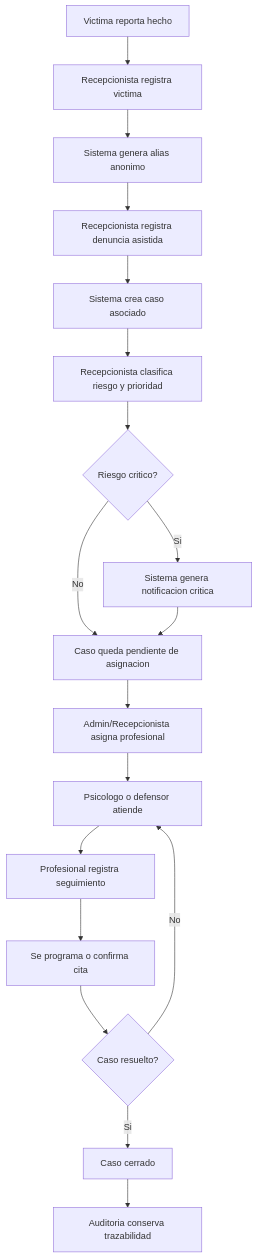
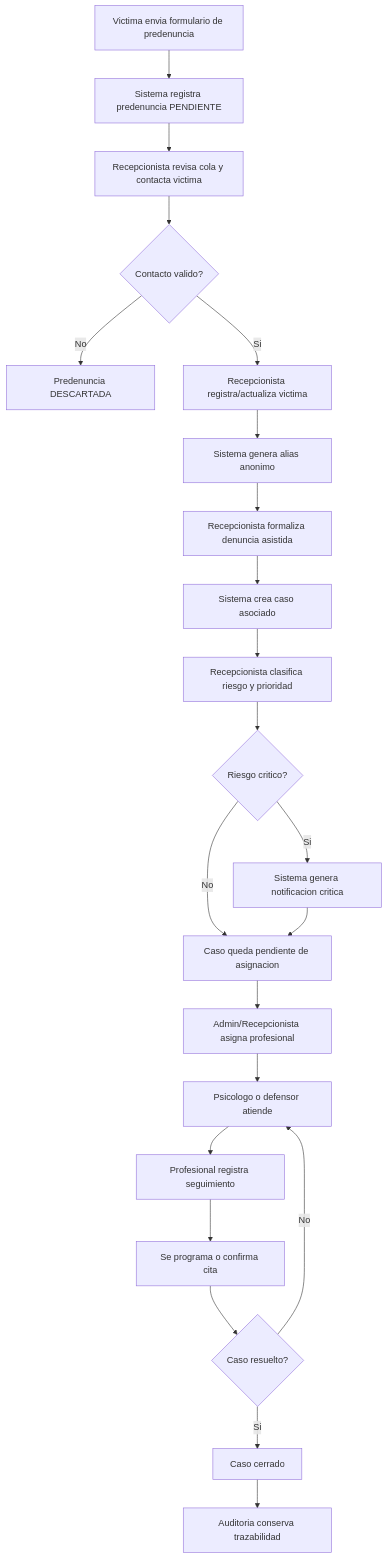
Before and after one commit to Espiritu16/safeZoneBackend: the first of 3 diagrams in docs/LOGICA_NEGOCIO.md, drawn with Mermaid. The commit also changed other lines of this file and 2 other files, not shown here.

Commit message:
ajuste logica predenuncia y sql incremental

````diff
--- a/docs/LOGICA_NEGOCIO.md
+++ b/docs/LOGICA_NEGOCIO.md
@@ -37,20 +38,24 @@
 ```mermaid
 flowchart TD
-  A["Victima reporta hecho"] --> B["Recepcionista registra victima"]
-  B --> C["Sistema genera alias anonimo"]
-  C --> D["Recepcionista registra denuncia asistida"]
-  D --> E["Sistema crea caso asociado"]
-  E --> F["Recepcionista clasifica riesgo y prioridad"]
-  F --> G{Riesgo critico?}
-  G -- Si --> H["Sistema genera notificacion critica"]
-  G -- No --> I["Caso queda pendiente de asignacion"]
-  H --> I
-  I --> J["Admin/Recepcionista asigna profesional"]
-  J --> K["Psicologo o defensor atiende"]
-  K --> L["Profesional registra seguimiento"]
-  L --> M["Se programa o confirma cita"]
-  M --> N{Caso resuelto?}
-  N -- No --> K
-  N -- Si --> O["Caso cerrado"]
-  O --> P["Auditoria conserva trazabilidad"]
+  A["Victima envia formulario de predenuncia"] --> B["Sistema registra predenuncia PENDIENTE"]
+  B --> C["Recepcionista revisa cola y contacta victima"]
+  C --> D{"Contacto valido?"}
+  D -- No --> E["Predenuncia DESCARTADA"]
+  D -- Si --> F["Recepcionista registra/actualiza victima"]
+  F --> G["Sistema genera alias anonimo"]
+  G --> H["Recepcionista formaliza denuncia asistida"]
+  H --> I["Sistema crea caso asociado"]
+  I --> J["Recepcionista clasifica riesgo y prioridad"]
+  J --> K{Riesgo critico?}
+  K -- Si --> L["Sistema genera notificacion critica"]
+  K -- No --> M["Caso queda pendiente de asignacion"]
+  L --> M
+  M --> N["Admin/Recepcionista asigna profesional"]
+  N --> O["Psicologo o defensor atiende"]
+  O --> P["Profesional registra seguimiento"]
+  P --> Q["Se programa o confirma cita"]
+  Q --> R{Caso resuelto?}
+  R -- No --> O
+  R -- Si --> S["Caso cerrado"]
+  S --> T["Auditoria conserva trazabilidad"]
 ```
````
